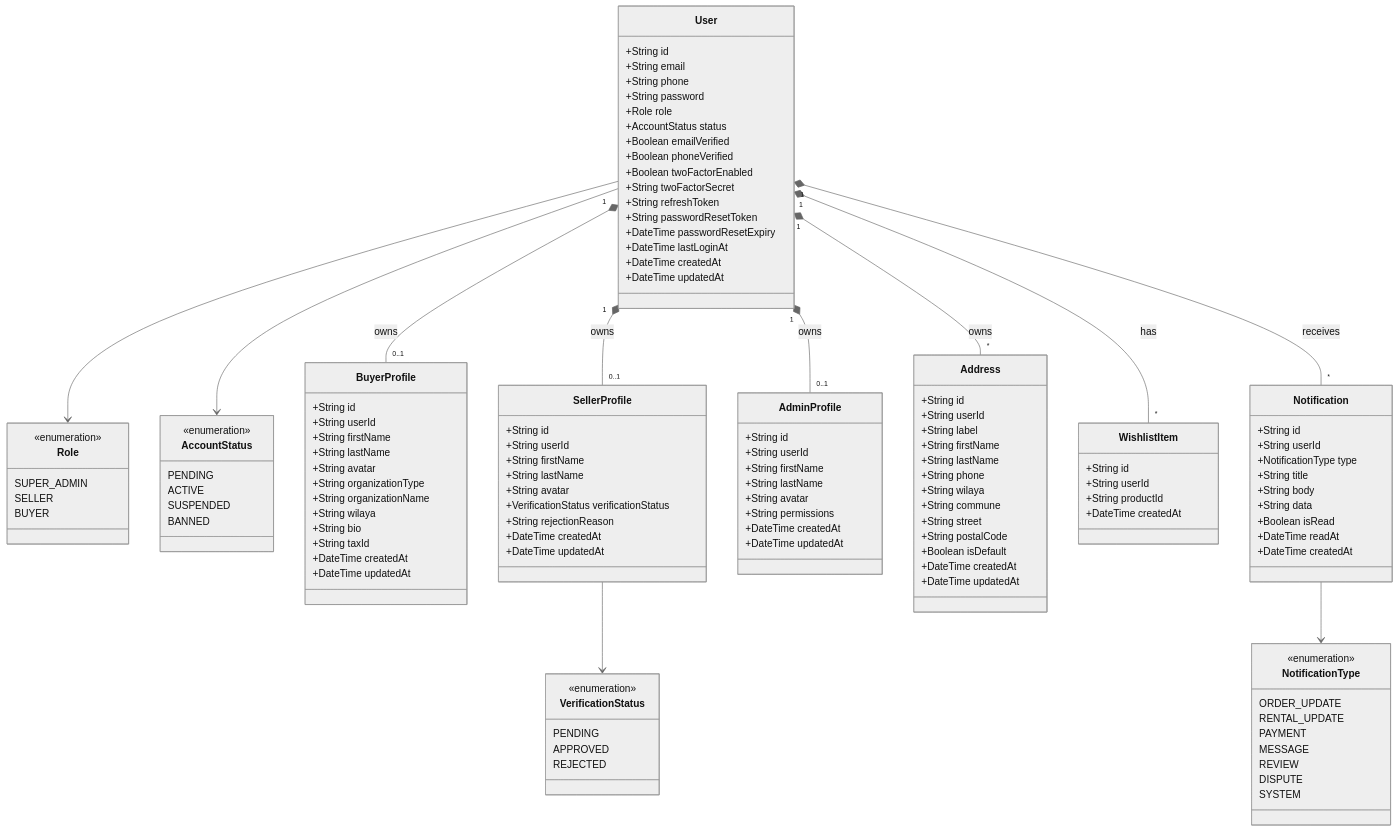
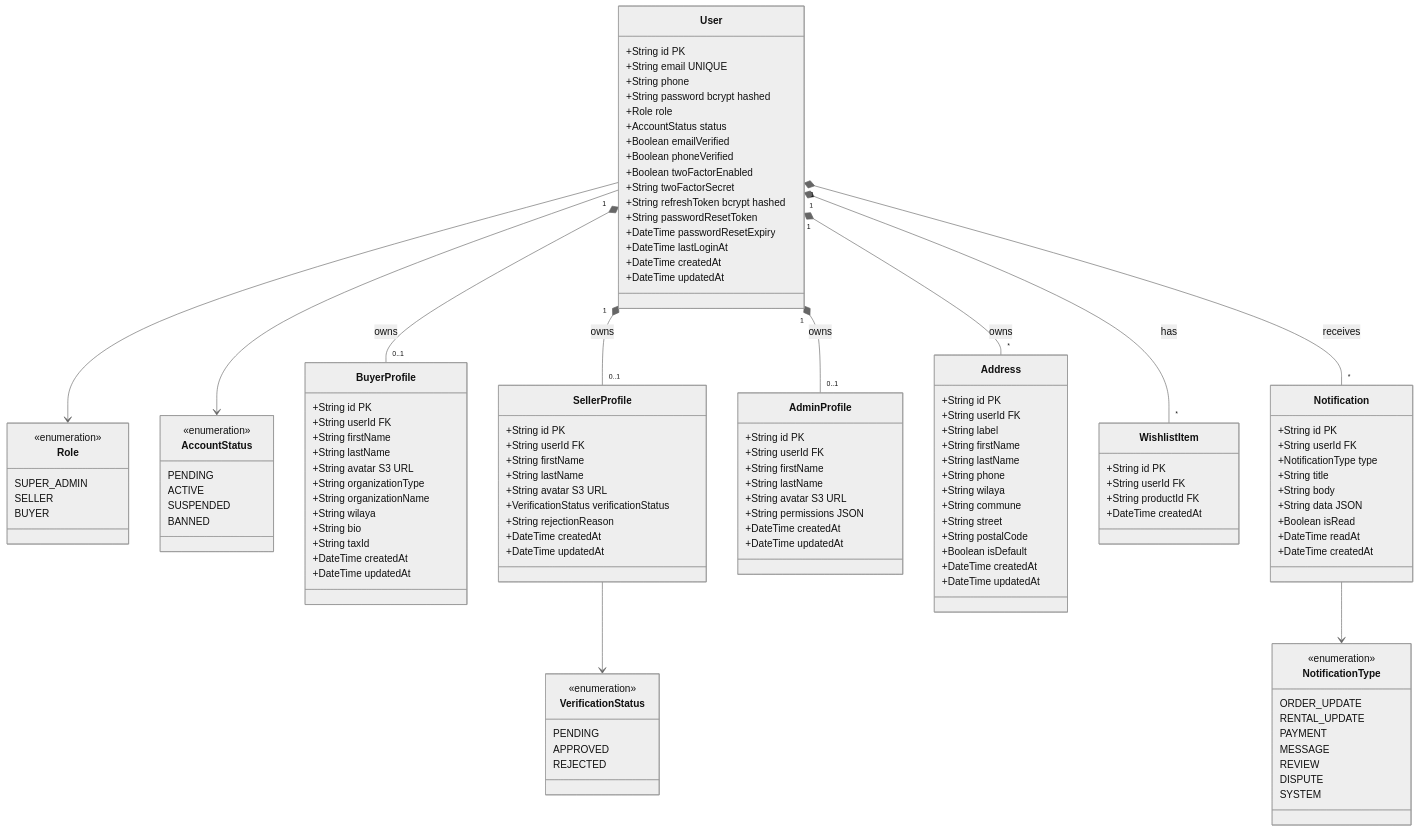
The first of 6 diagrams in diagram_classe_complet.md (tayeb736/prohect12), drawn with Mermaid (neutral theme) before and after one commit. The commit also changed other lines of this file and 5 other files, not shown here.

```diff
--- a/diagram_classe_complet.md
+++ b/diagram_classe_complet.md
@@ -33,18 +32,29 @@
     REJECTED
   }
 
+  class NotificationType {
+    <<enumeration>>
+    ORDER_UPDATE
+    RENTAL_UPDATE
+    PAYMENT
+    MESSAGE
+    REVIEW
+    DISPUTE
+    SYSTEM
+  }
+
   class User {
-    +String id
-    +String email
+    +String id PK
+    +String email UNIQUE
     +String phone
-    +String password
+    +String password bcrypt hashed
     +Role role
     +AccountStatus status
     +Boolean emailVerified
     +Boolean phoneVerified
     +Boolean twoFactorEnabled
     +String twoFactorSecret
-    +String refreshToken
+    +String refreshToken bcrypt hashed
     +String passwordResetToken
     +DateTime passwordResetExpiry
     +DateTime lastLoginAt
@@ -53,11 +63,11 @@
   }
 
   class BuyerProfile {
-    +String id
-    +String userId
+    +String id PK
+    +String userId FK
     +String firstName
     +String lastName
-    +String avatar
+    +String avatar S3 URL
     +String organizationType
     +String organizationName
     +String wilaya
@@ -68,11 +78,11 @@
   }
 
   class SellerProfile {
-    +String id
-    +String userId
+    +String id PK
+    +String userId FK
     +String firstName
     +String lastName
-    +String avatar
+    +String avatar S3 URL
     +VerificationStatus verificationStatus
     +String rejectionReason
     +DateTime createdAt
@@ -80,19 +90,19 @@
   }
 
   class AdminProfile {
-    +String id
-    +String userId
+    +String id PK
+    +String userId FK
     +String firstName
     +String lastName
-    +String avatar
-    +String permissions
+    +String avatar S3 URL
+    +String permissions JSON
     +DateTime createdAt
     +DateTime updatedAt
   }
 
   class Address {
-    +String id
-    +String userId
+    +String id PK
+    +String userId FK
     +String label
     +String firstName
     +String lastName
@@ -107,33 +117,22 @@
   }
 
   class WishlistItem {
-    +String id
-    +String userId
-    +String productId
+    +String id PK
+    +String userId FK
+    +String productId FK
     +DateTime createdAt
   }
 
   class Notification {
-    +String id
-    +String userId
+    +String id PK
+    +String userId FK
     +NotificationType type
     +String title
     +String body
-    +String data
+    +String data JSON
     +Boolean isRead
     +DateTime readAt
     +DateTime createdAt
-  }
-
-  class NotificationType {
-    <<enumeration>>
-    ORDER_UPDATE
-    RENTAL_UPDATE
-    PAYMENT
-    MESSAGE
-    REVIEW
-    DISPUTE
-    SYSTEM
   }
 
   User --> Role
```
